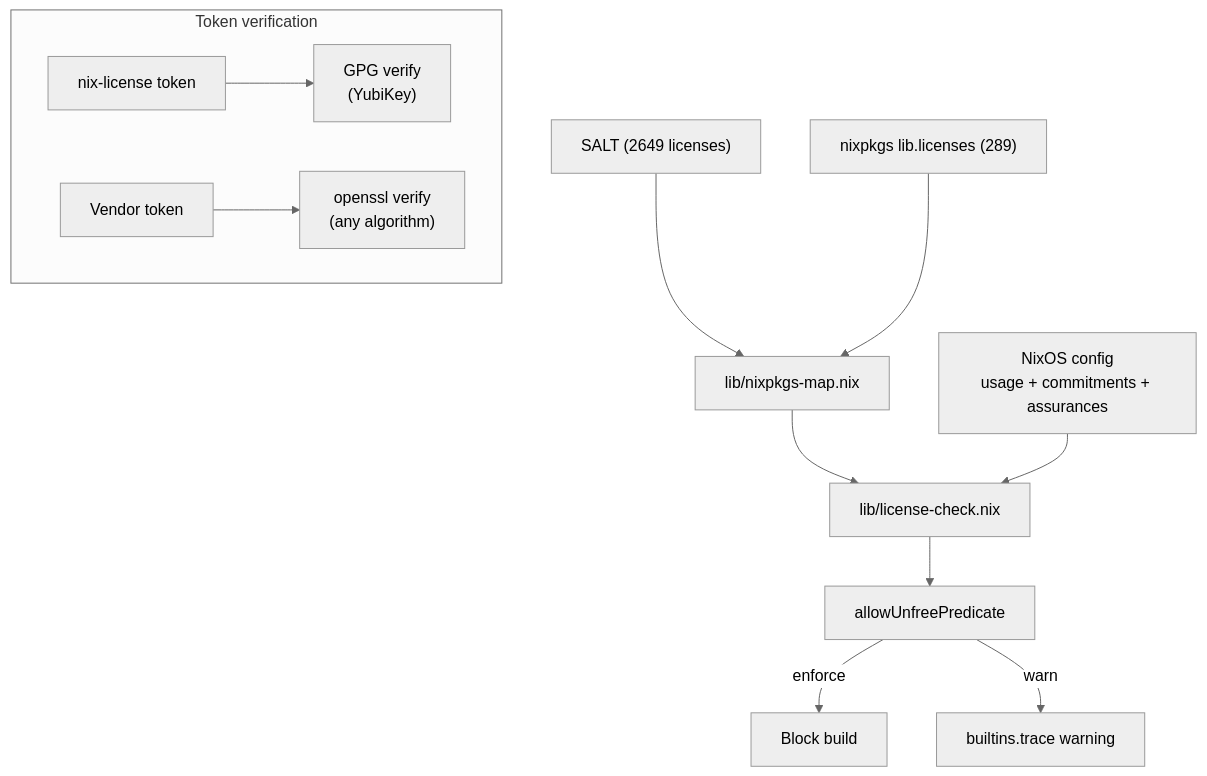
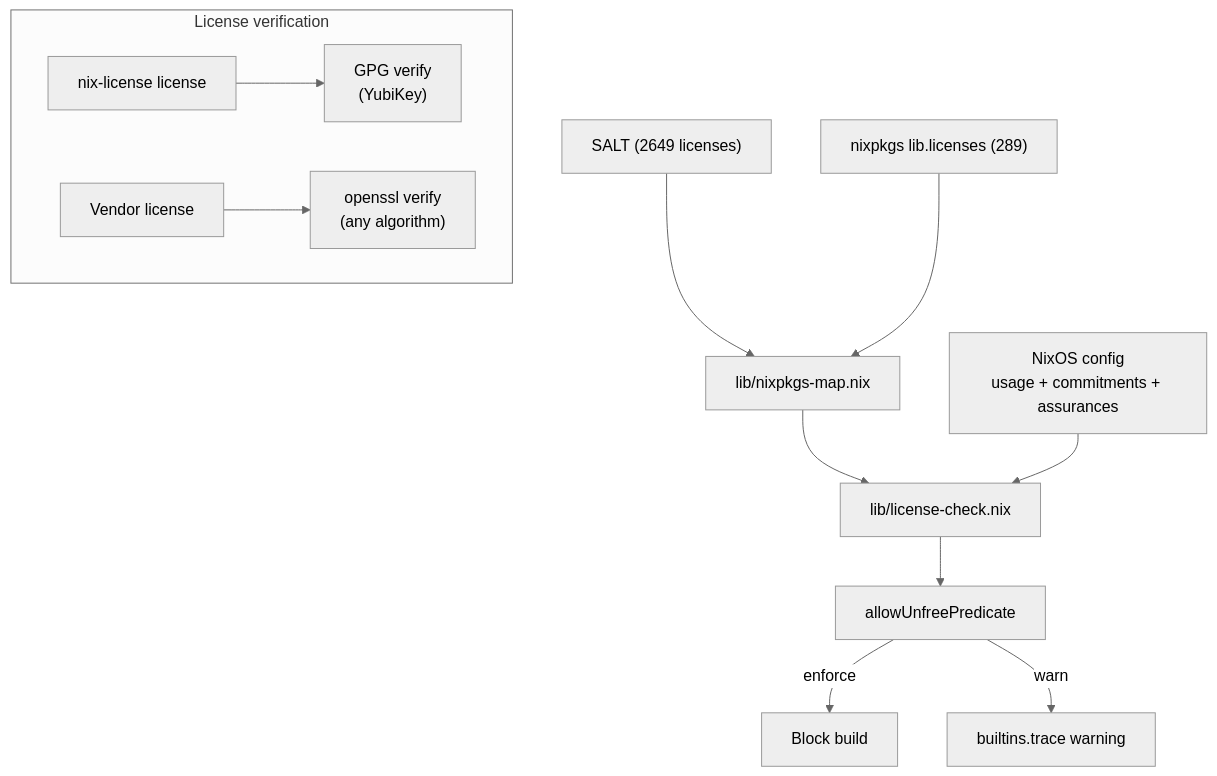
Before and after one commit to i-am-logger/nix-license: the second of 2 diagrams in docs/ARCHITECTURE.md, drawn with Mermaid (neutral theme). The commit also changed other lines of this file and 6 other files, not shown here.

Commit message:
docs: use domain terminology (license, not token) in user-facing text

````diff
--- a/docs/ARCHITECTURE.md
+++ b/docs/ARCHITECTURE.md
@@ -91,15 +91,15 @@
 ```mermaid
 graph TD
     SALT["SALT (2649 licenses)"] --> nixpkgsMap["lib/nixpkgs-map.nix"]
     nixpkgs["nixpkgs lib.licenses (289)"] --> nixpkgsMap
     nixpkgsMap --> licenseCheck["lib/license-check.nix"]
     userConfig["NixOS config<br/>usage + commitments + assurances"] --> licenseCheck
     licenseCheck --> predicate["allowUnfreePredicate"]
     predicate -->|"enforce"| block["Block build"]
     predicate -->|"warn"| trace["builtins.trace warning"]
 
-    subgraph "Token verification"
-        selfToken["nix-license token"] --> gpg["GPG verify<br/>(YubiKey)"]
-        vendorToken["Vendor token"] --> openssl["openssl verify<br/>(any algorithm)"]
+    subgraph "License verification"
+        selfLicense["nix-license license"] --> gpg["GPG verify<br/>(YubiKey)"]
+        vendorLicense["Vendor license"] --> openssl["openssl verify<br/>(any algorithm)"]
     end
 ```
````
